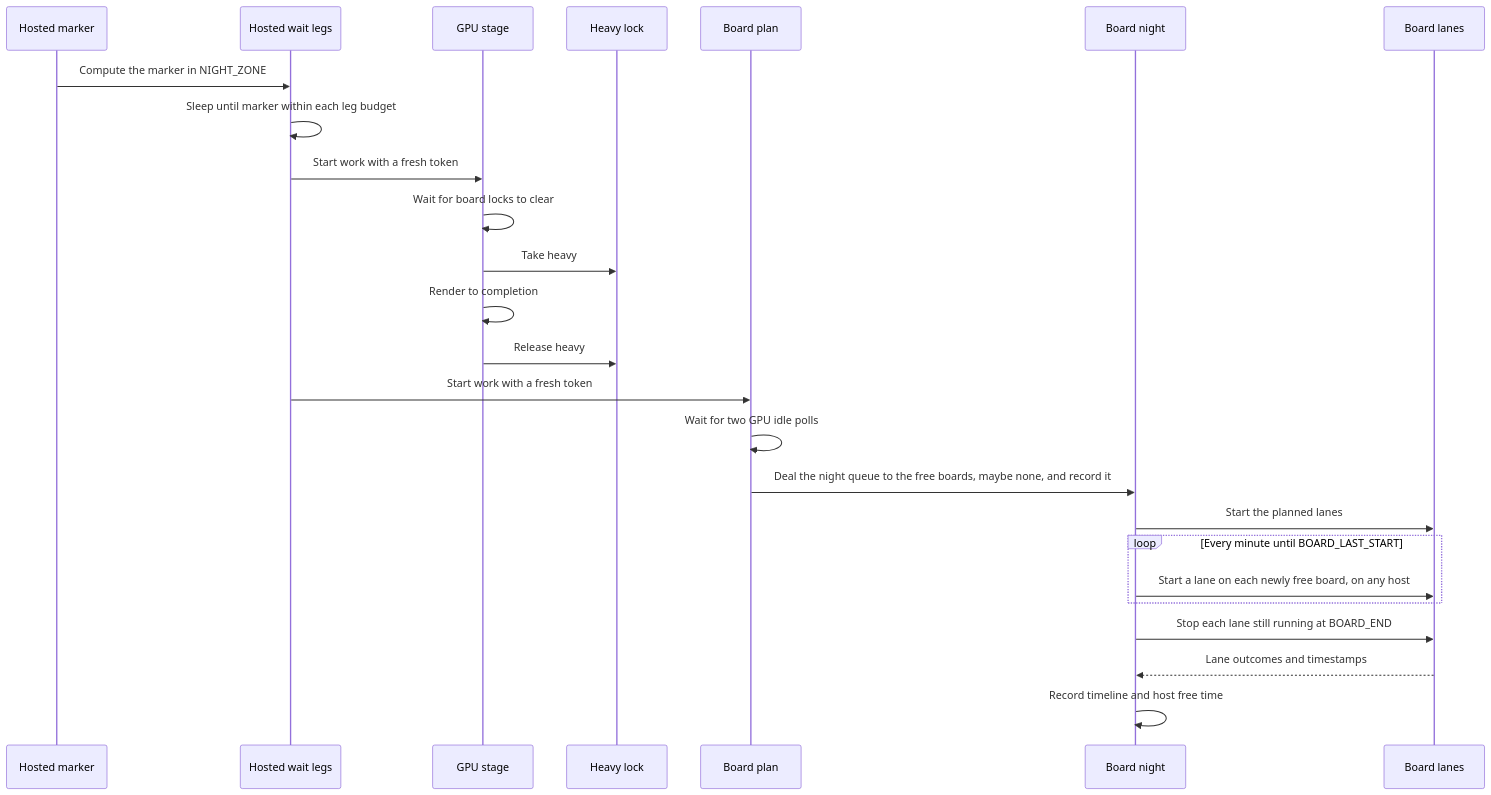
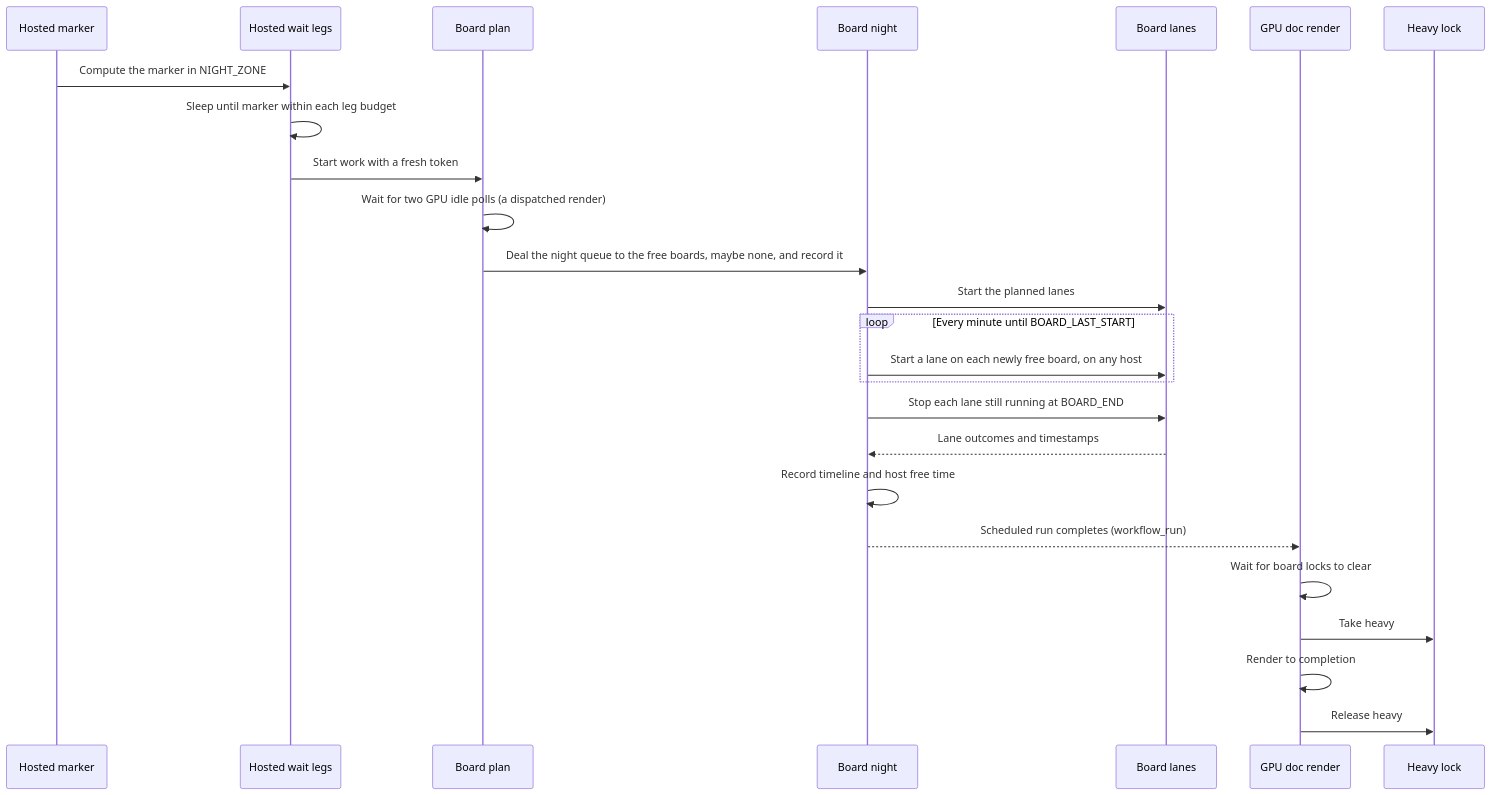
One commit to jose-villegas/autana changed the third of 3 diagrams in launcher/tools/perf/README.md. Above: the diagram before and after it, drawn with Mermaid. The commit also changed other lines of this file and 7 other files, not shown here.

First line of the commit message:
GPU doc render: only the scheduled night releases it; no obsolete-SHA skip; night diagram redrawn

````diff
--- a/launcher/tools/perf/README.md
+++ b/launcher/tools/perf/README.md
@@ -260,27 +260,27 @@
 ```mermaid
 sequenceDiagram
     participant Marker as Hosted marker
     participant Wait as Hosted wait legs
-    participant GPU as GPU stage
-    participant Heavy as Heavy lock
     participant Plan as Board plan
     participant Night as Board night
     participant Lanes as Board lanes
+    participant GPU as GPU doc render
+    participant Heavy as Heavy lock
     Marker->>Wait: Compute the marker in NIGHT_ZONE
     Wait->>Wait: Sleep until marker within each leg budget
-    Wait->>GPU: Start work with a fresh token
-    GPU->>GPU: Wait for board locks to clear
-    GPU->>Heavy: Take heavy
-    GPU->>GPU: Render to completion
-    GPU->>Heavy: Release heavy
     Wait->>Plan: Start work with a fresh token
-    Plan->>Plan: Wait for two GPU idle polls
+    Plan->>Plan: Wait for two GPU idle polls (a dispatched render)
     Plan->>Night: Deal the night queue to the free boards, maybe none, and record it
     Night->>Lanes: Start the planned lanes
     loop Every minute until BOARD_LAST_START
         Night->>Lanes: Start a lane on each newly free board, on any host
     end
     Night->>Lanes: Stop each lane still running at BOARD_END
     Lanes-->>Night: Lane outcomes and timestamps
     Night->>Night: Record timeline and host free time
+    Night-->>GPU: Scheduled run completes (workflow_run)
+    GPU->>GPU: Wait for board locks to clear
+    GPU->>Heavy: Take heavy
+    GPU->>GPU: Render to completion
+    GPU->>Heavy: Release heavy
 ```
````
